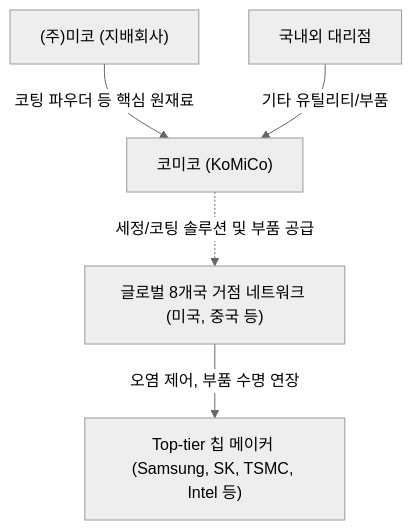
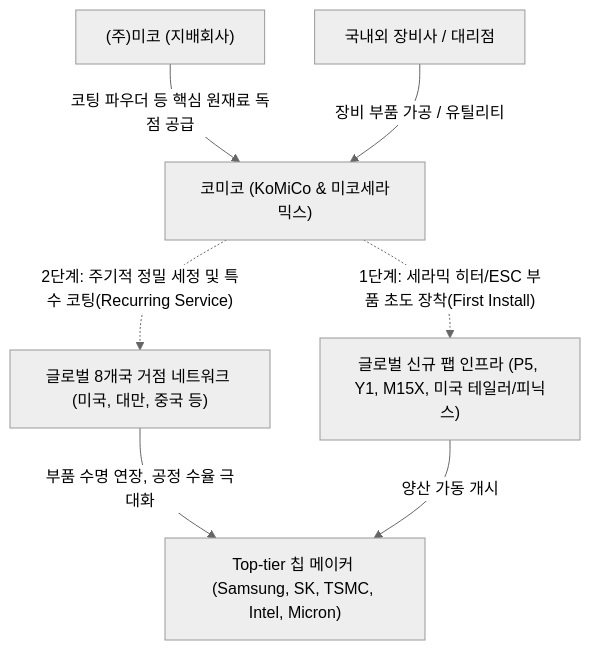
The diagram in Stock_Research/코미코/3_Final_Reports/Phase1_Report.md (eve830521-cmd/my-skill), drawn with Mermaid (neutral theme) before and after one commit. The commit also changed other lines of this file and 127 other files, not shown here.

````diff
--- a/Stock_Research/코미코/3_Final_Reports/Phase1_Report.md
+++ b/Stock_Research/코미코/3_Final_Reports/Phase1_Report.md
@@ -9,7 +21,9 @@
 ```mermaid
 graph TD
-    A["(주)미코 (지배회사)"] -->|"코팅 파우더 등 핵심 원재료"| B["코미코 (KoMiCo)"]
-    C["국내외 대리점"] -->|"기타 유틸리티/부품"| B
-    B -. "세정/코팅 솔루션 및 부품 공급" .-> D["글로벌 8개국 거점 네트워크 (미국, 중국 등)"]
-    D -->|"오염 제어, 부품 수명 연장"| E["Top-tier 칩 메이커 (Samsung, SK, TSMC, Intel 등)"]
+    A["(주)미코 (지배회사)"] -->|"코팅 파우더 등 핵심 원재료 독점 공급"| B["코미코 (KoMiCo & 미코세라믹스)"]
+    C["국내외 장비사 / 대리점"] -->|"장비 부품 가공 / 유틸리티"| B
+    B -. "1단계: 세라믹 히터/ESC 부품 초도 장착(First Install)" .-> D["글로벌 신규 팹 인프라 (P5, Y1, M15X, 미국 테일러/피닉스)"]
+    B -. "2단계: 주기적 정밀 세정 및 특수 코팅(Recurring Service)" .-> E["글로벌 8개국 거점 네트워크 (미국, 대만, 중국 등)"]
+    E -->|"부품 수명 연장, 공정 수율 극대화"| F["Top-tier 칩 메이커 (Samsung, SK, TSMC, Intel, Micron)"]
+    D -->|"양산 가동 개시"| F
 ```
````
